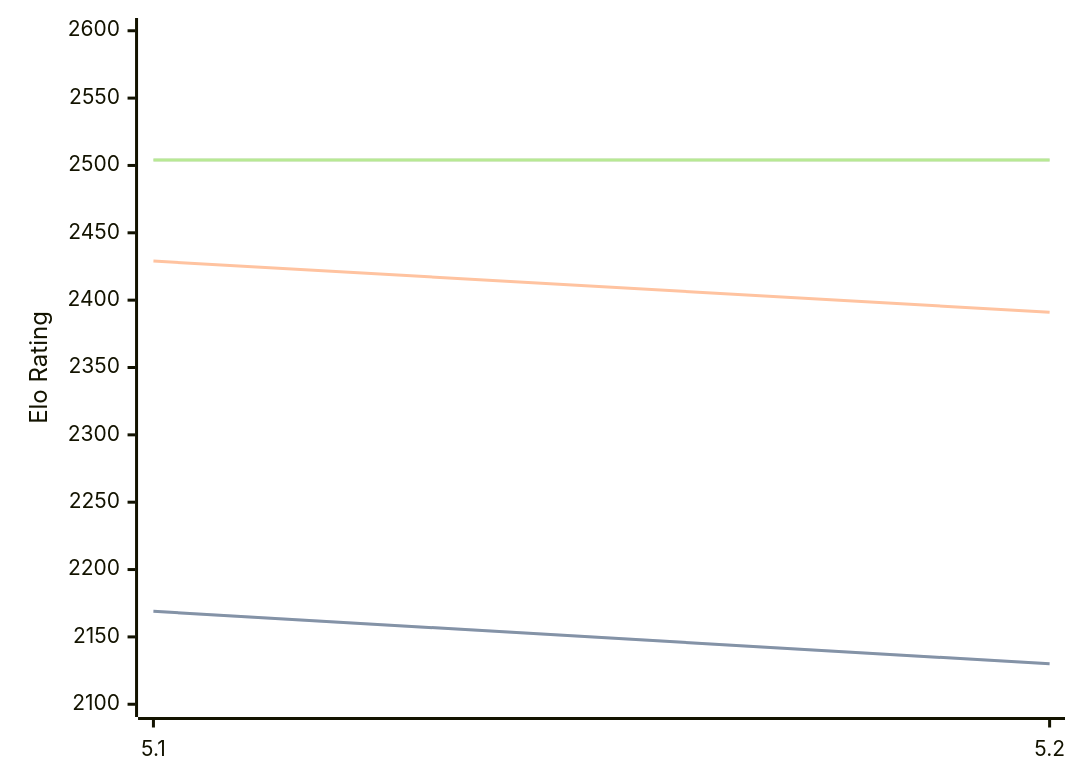
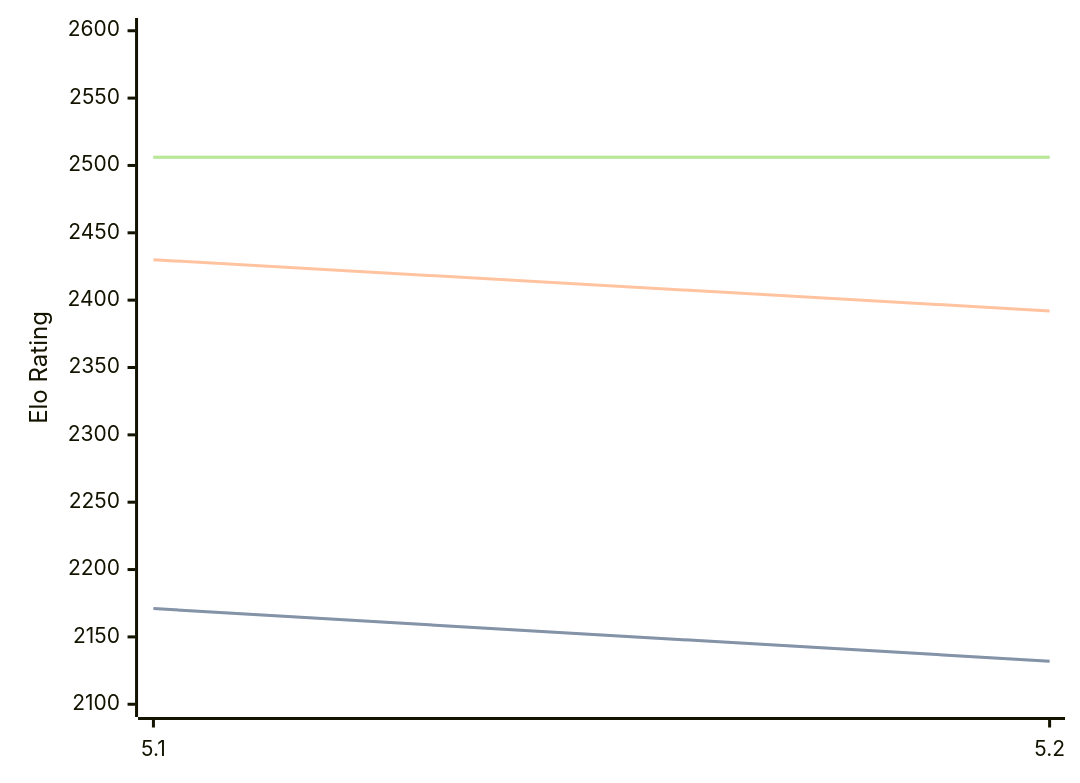
Before and after one commit to computer-chess-index/cci: the diagram in engines/Prophet.md, drawn with Mermaid. The commit also changed other lines of this file, not shown here.

Commit message:
Update CCI Ratings (ELO VLTC) - 2026-10-09

````diff
--- a/engines/Prophet.md
+++ b/engines/Prophet.md
@@ -32,11 +32,11 @@
 ```mermaid
 %%{init: {"theme":"base","themeVariables":{"seriesColors:['#a3a3a3','#222221','#faa371']}}}%%
 xychart-beta
   x-axis ["5.1", "5.2"]
   y-axis "Elo Rating" 2100 --> 2600
-  line "" [2169, 2130]
-  line "STC (8.0+0.08s)" [2169, 2130]
-  line "LTC (60.0+0.60s)" [2429, 2391]
-  line "" [2504, 2504]
-  line "VLTC (2m24s+1.12s)" [2504, 2504]
+  line "" [2171, 2132]
+  line "STC (8.0+0.08s)" [2171, 2132]
+  line "LTC (60.0+0.60s)" [2430, 2392]
+  line "" [2506, 2506]
+  line "VLTC (2m24s+1.12s)" [2506, 2506]
 ```
````
